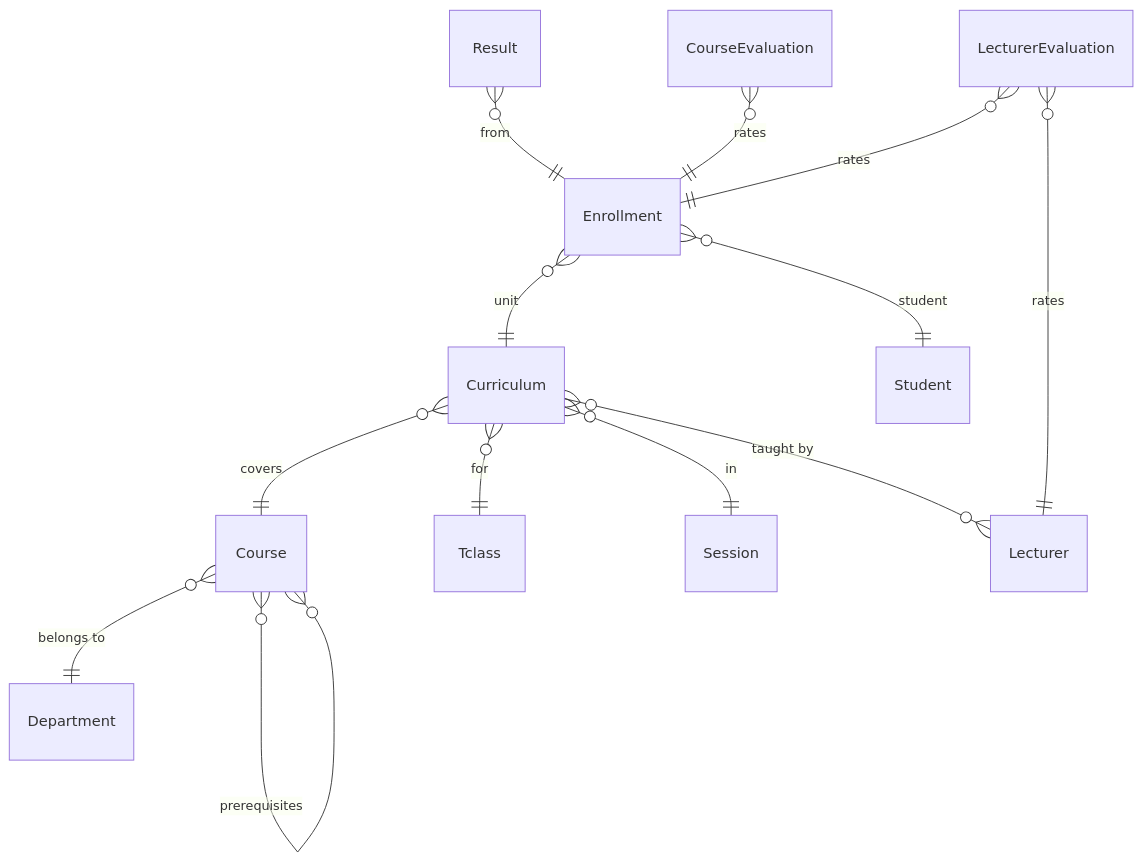
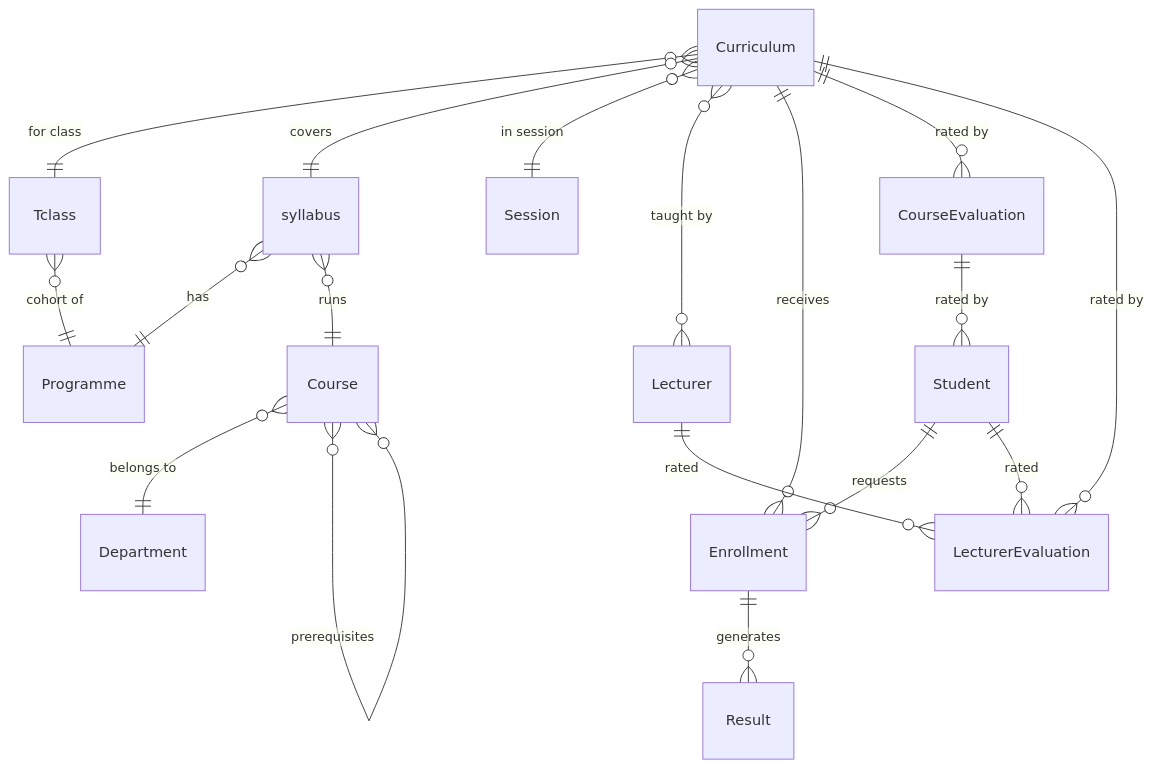
Before and after one commit to thelaughingbett/Naet: the fourth of 17 diagrams in docs/er-diagram.md, drawn with Mermaid. The commit also changed other lines of this file and 14 other files, not shown here.

````diff
--- a/docs/er-diagram.md
+++ b/docs/er-diagram.md
@@ -40,16 +72,22 @@
 ```mermaid
 erDiagram
   direction TB
   Course }o--|| Department : "belongs to"
   Course }o--o{ Course : "prerequisites"
-  Curriculum }o--|| Course : "covers"
-  Curriculum }o--|| Tclass : "for"
-  Curriculum }o--|| Session : "in"
+  syllabus }o--|| Programme : "has"
+  syllabus }o--|| Course : "runs"
+
+  Tclass }o--|| Programme : "cohort of"
+  Curriculum }o--|| Tclass : "for class"
+  Curriculum }o--|| syllabus : "covers"
+  Curriculum }o--|| Session : "in session"
   Curriculum }o--o{ Lecturer : "taught by"
-  Enrollment }o--|| Student : "student"
-  Enrollment }o--|| Curriculum : "unit"
-  Result }o--|| Enrollment : "from"
-  CourseEvaluation }o--|| Enrollment : "rates"
-  LecturerEvaluation }o--|| Enrollment : "rates"
-  LecturerEvaluation }o--|| Lecturer : "rates"
+  Curriculum ||--o{ Enrollment : "receives"
+  Student ||--o{ Enrollment : "requests"
+  Enrollment ||--o{ Result : "generates"
+  Curriculum ||--o{ CourseEvaluation : "rated by"
+  CourseEvaluation ||--o{ Student : "rated by"
+  Curriculum ||--o{ LecturerEvaluation : "rated by"
+  Lecturer ||--o{ LecturerEvaluation : "rated"
+  Student ||--o{ LecturerEvaluation : "rated"
 ```
````
